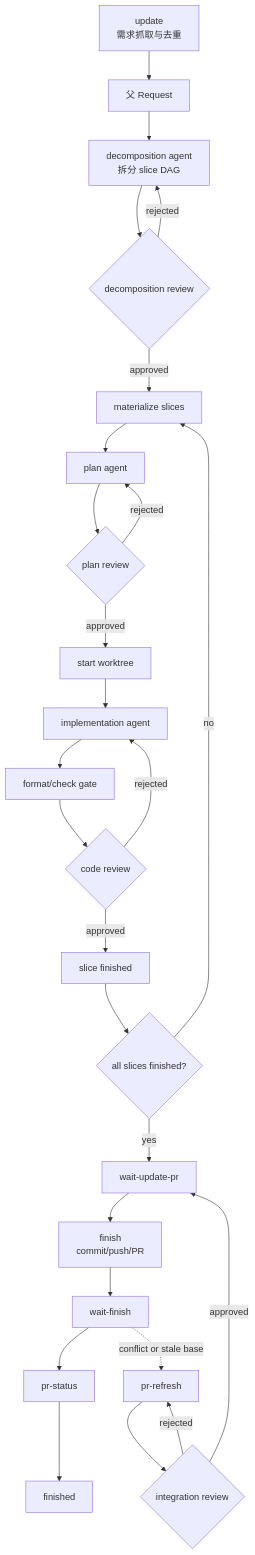
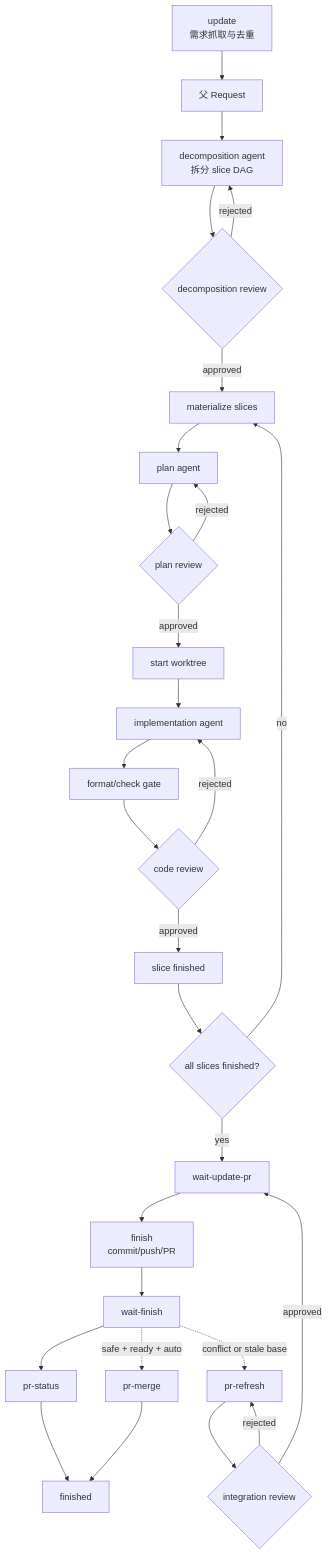
The diagram in docs/workflow.md (ZhmYe/Sandrone), drawn with Mermaid before and after one commit. The commit also changed other lines of this file and 18 other files, not shown here.

````diff
--- a/docs/workflow.md
+++ b/docs/workflow.md
@@ -19,28 +19,30 @@
 ```mermaid
 flowchart TD
     U["update<br/>需求抓取与去重"] --> R["父 Request"]
     R --> D["decomposition agent<br/>拆分 slice DAG"]
     D --> DR{"decomposition review"}
     DR -- "rejected" --> D
     DR -- "approved" --> S["materialize slices"]
     S --> P["plan agent"]
     P --> PR{"plan review"}
     PR -- "rejected" --> P
     PR -- "approved" --> W["start worktree"]
     W --> I["implementation agent"]
     I --> F["format/check gate"]
     F --> CR{"code review"}
     CR -- "rejected" --> I
     CR -- "approved" --> SF["slice finished"]
     SF --> ALL{"all slices finished?"}
     ALL -- "no" --> S
     ALL -- "yes" --> WP["wait-update-pr"]
     WP --> FIN["finish<br/>commit/push/PR"]
     FIN --> WF["wait-finish"]
     WF --> PS["pr-status"]
     PS --> DONE["finished"]
+    WF -. "safe + ready + auto" .-> PM["pr-merge"]
+    PM --> DONE
     WF -. "conflict or stale base" .-> REF["pr-refresh"]
     REF --> IR{"integration review"}
     IR -- "rejected" --> REF
     IR -- "approved" --> WP
 ```
````
